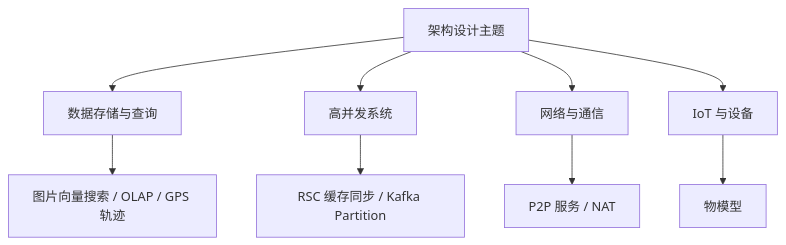
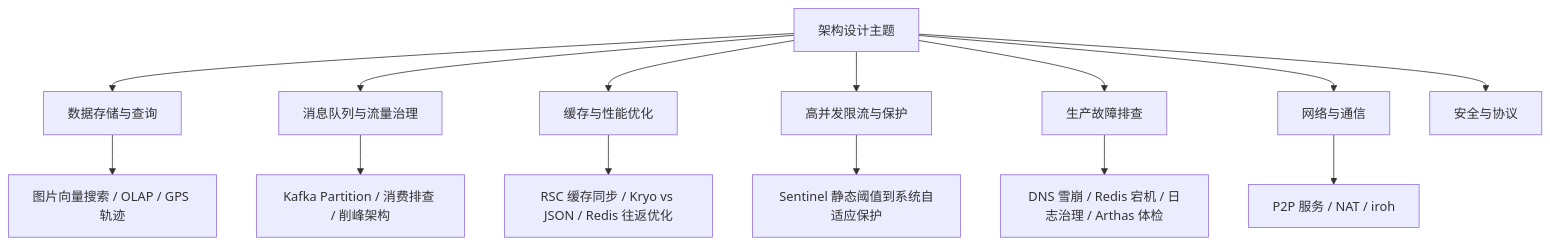
The diagram in 架构设计/README.md (nishigepi8/note), drawn with Mermaid before and after one commit. The commit also changed other lines of this file and 23 other files, not shown here.

First line of the commit message:
docs: add 10 new architecture articles, reorganize 架构设计 into topics

````diff
--- a/架构设计/README.md
+++ b/架构设计/README.md
@@ -16,11 +16,16 @@
 ```mermaid
 flowchart TB
     A[架构设计主题] --> B[数据存储与查询]
-    A --> C[高并发系统]
-    A --> D[网络与通信]
-    A --> E[IoT 与设备]
-    B --> F[图片向量搜索 / OLAP / GPS 轨迹]
-    C --> G[RSC 缓存同步 / Kafka Partition]
-    D --> H[P2P 服务 / NAT]
-    E --> I[物模型]
+    A --> C[消息队列与流量治理]
+    A --> D[缓存与性能优化]
+    A --> E[高并发限流与保护]
+    A --> F[生产故障排查]
+    A --> G[网络与通信]
+    A --> H[安全与协议]
+    B --> B1[图片向量搜索 / OLAP / GPS 轨迹]
+    C --> C1[Kafka Partition / 消费排查 / 削峰架构]
+    D --> D1[RSC 缓存同步 / Kryo vs JSON / Redis 往返优化]
+    E --> E1[Sentinel 静态阈值到系统自适应保护]
+    F --> F1[DNS 雪崩 / Redis 宕机 / 日志治理 / Arthas 体检]
+    G --> G1[P2P 服务 / NAT / iroh]
 ```
````
